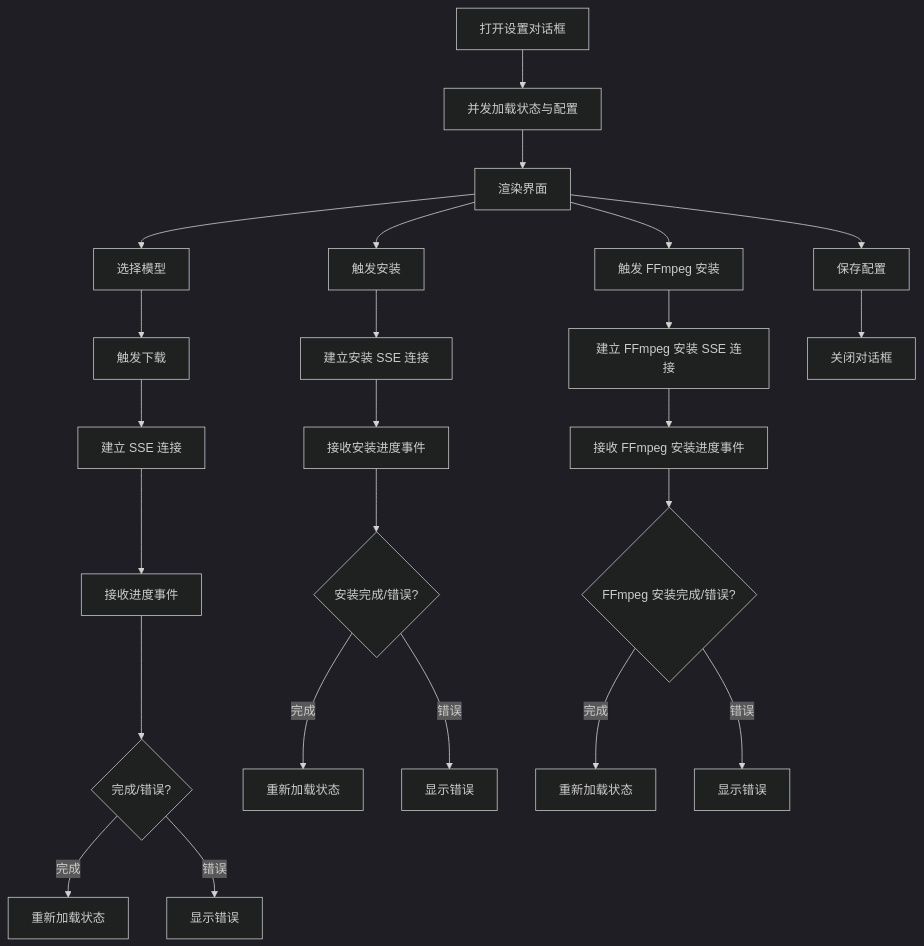
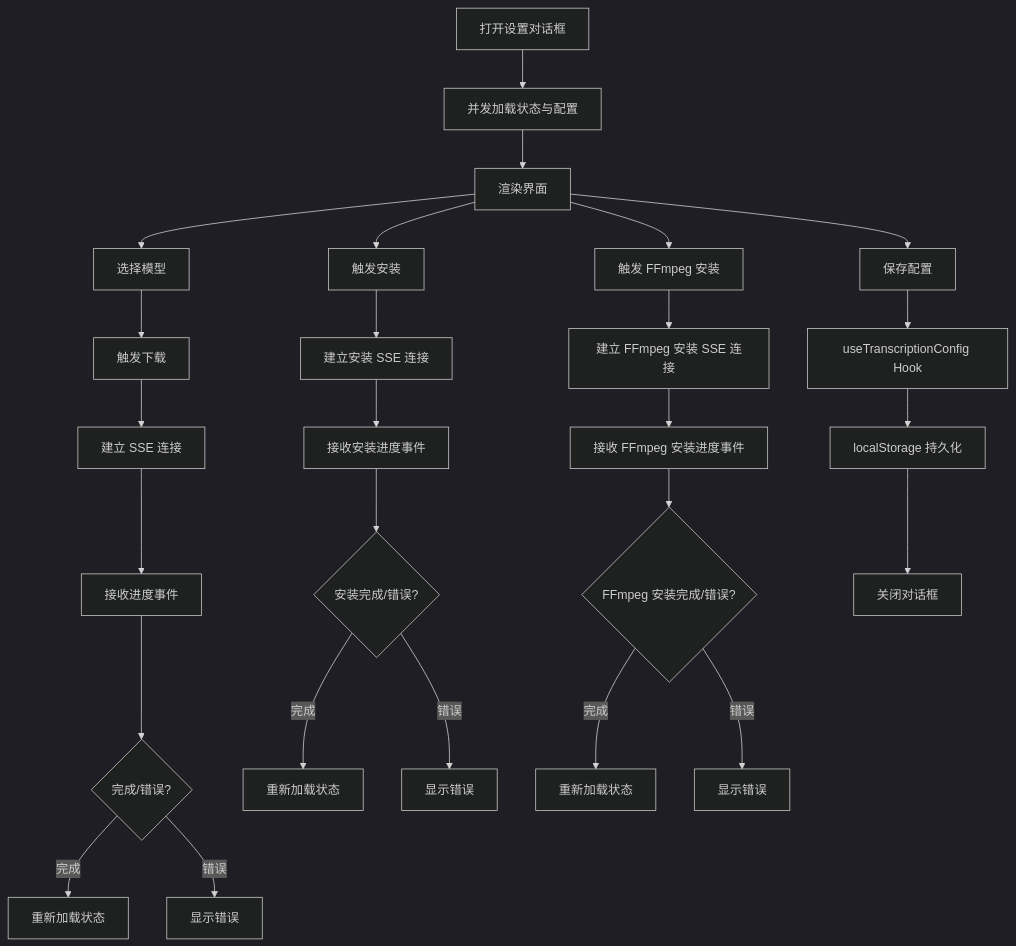
Before and after one commit to clawbotai/memo-flow: the tenth of 11 diagrams in .qoder/repowiki/zh/content/核心功能模块/Whisper 配置管理.md, drawn with Mermaid (dark theme). The commit also changed other lines of this file and 4 other files, not shown here.

````diff
--- a/.qoder/repowiki/zh/content/核心功能模块/Whisper 配置管理.md
+++ b/.qoder/repowiki/zh/content/核心功能模块/Whisper 配置管理.md
@@ -519,26 +481,28 @@
 ```mermaid
 flowchart TD
 Open["打开设置对话框"] --> Load["并发加载状态与配置"]
 Load --> Ready["渲染界面"]
 Ready --> SelectModel["选择模型"]
 SelectModel --> Download["触发下载"]
 Download --> SSE["建立 SSE 连接"]
 SSE --> Progress["接收进度事件"]
 Progress --> Completed{"完成/错误?"}
 Completed --> |完成| Reload["重新加载状态"]
 Completed --> |错误| ShowError["显示错误"]
 Ready --> Install["触发安装"]
 Install --> InstallSSE["建立安装 SSE 连接"]
 InstallSSE --> InstallProgress["接收安装进度事件"]
 InstallProgress --> InstallCompleted{"安装完成/错误?"}
 InstallCompleted --> |完成| InstallReload["重新加载状态"]
 InstallCompleted --> |错误| InstallShowError["显示错误"]
 Ready --> FfmpegInstall["触发 FFmpeg 安装"]
 FfmpegInstall --> FfmpegInstallSSE["建立 FFmpeg 安装 SSE 连接"]
 FfmpegInstallSSE --> FfmpegInstallProgress["接收 FFmpeg 安装进度事件"]
 FfmpegInstallProgress --> FfmpegInstallCompleted{"FFmpeg 安装完成/错误?"}
 FfmpegInstallCompleted --> |完成| FfmpegInstallReload["重新加载状态"]
 FfmpegInstallCompleted --> |错误| FfmpegInstallShowError["显示错误"]
 Ready --> Save["保存配置"]
-Save --> Done["关闭对话框"]
+Save --> Hook["useTranscriptionConfig Hook"]
+Hook --> LocalStorage["localStorage 持久化"]
+LocalStorage --> Done["关闭对话框"]
 ```
````
